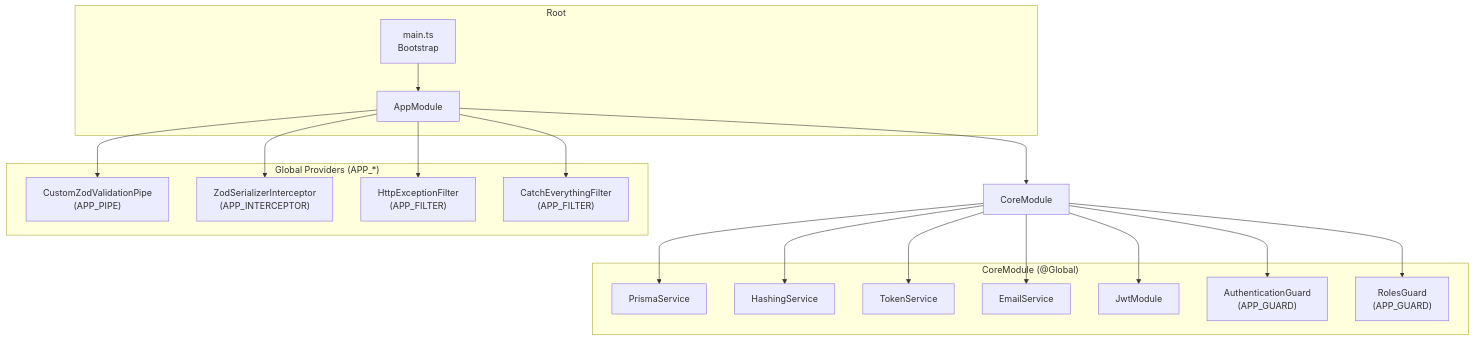
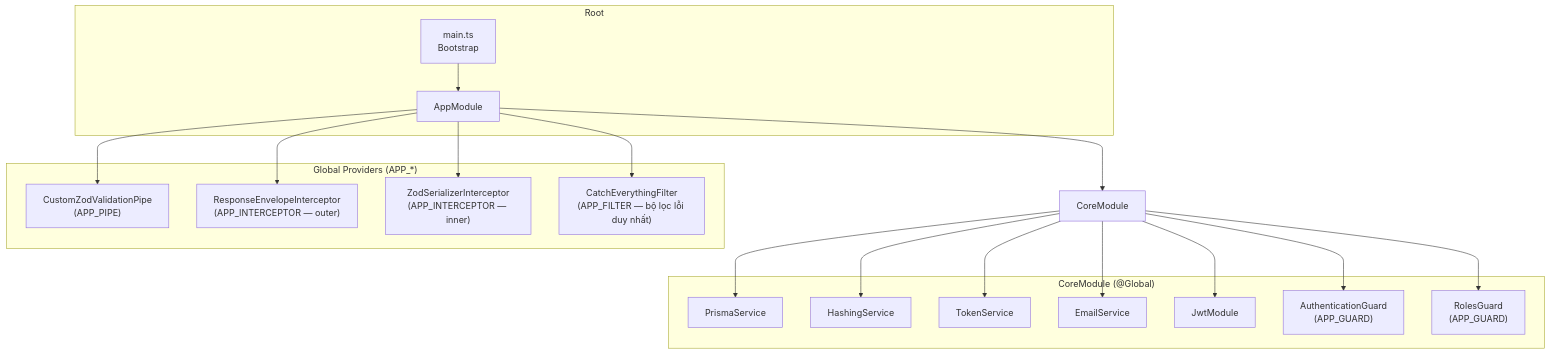
Before and after one commit to WDP301-SU26-GR2/BE-dev: the first of 3 diagrams in ARCHITECTURE.md, drawn with Mermaid. The commit also changed other lines of this file and 7 other files, not shown here.

Commit message:
fix: message returning  when call api, update Agents and architecture

````diff
--- a/ARCHITECTURE.md
+++ b/ARCHITECTURE.md
@@ -77,38 +85,38 @@
 ```mermaid
 graph TD
     subgraph "Root"
         MAIN["main.ts<br/>Bootstrap"]
         APP_MOD["AppModule"]
     end
 
     subgraph "Global Providers (APP_*)"
         PIPE["CustomZodValidationPipe<br/>(APP_PIPE)"]
-        INTERCEPTOR["ZodSerializerInterceptor<br/>(APP_INTERCEPTOR)"]
-        FILTER_HTTP["HttpExceptionFilter<br/>(APP_FILTER)"]
-        FILTER_ALL["CatchEverythingFilter<br/>(APP_FILTER)"]
+        ENVELOPE["ResponseEnvelopeInterceptor<br/>(APP_INTERCEPTOR — outer)"]
+        INTERCEPTOR["ZodSerializerInterceptor<br/>(APP_INTERCEPTOR — inner)"]
+        FILTER_ALL["CatchEverythingFilter<br/>(APP_FILTER — bộ lọc lỗi duy nhất)"]
     end
 
     subgraph "CoreModule (@Global)"
         PRISMA["PrismaService"]
         HASHING["HashingService"]
         TOKEN["TokenService"]
         EMAIL["EmailService"]
         JWT_MOD["JwtModule"]
         AUTH_GUARD["AuthenticationGuard<br/>(APP_GUARD)"]
         ROLES_GUARD["RolesGuard<br/>(APP_GUARD)"]
     end
 
     MAIN --> APP_MOD
     APP_MOD --> PIPE
+    APP_MOD --> ENVELOPE
     APP_MOD --> INTERCEPTOR
-    APP_MOD --> FILTER_HTTP
     APP_MOD --> FILTER_ALL
     APP_MOD --> CoreModule
     CoreModule --> PRISMA
     CoreModule --> HASHING
     CoreModule --> TOKEN
     CoreModule --> EMAIL
     CoreModule --> JWT_MOD
     CoreModule --> AUTH_GUARD
     CoreModule --> ROLES_GUARD
 ```
````
